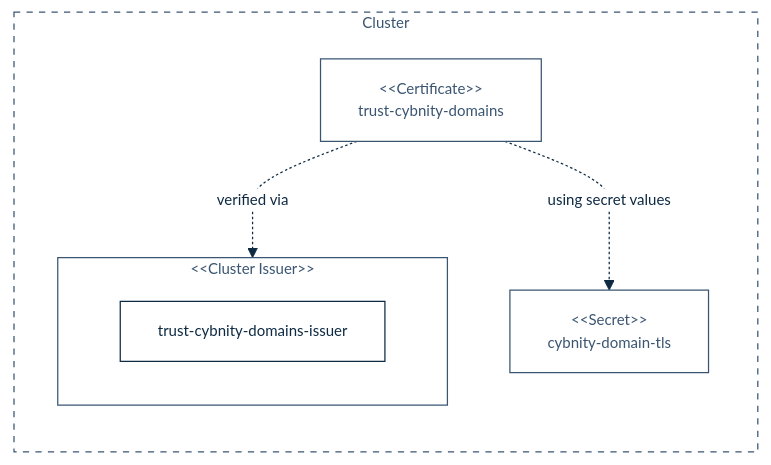
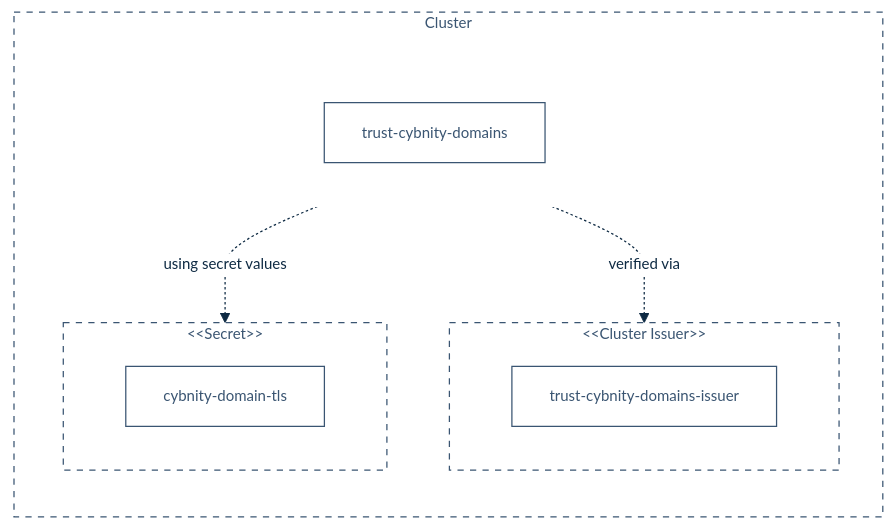
Before and after one commit to cybnity/foundation: the diagram in implementations-line/systems/technical-infrastructure/CYDEL01-cybsup01.md, drawn with Mermaid.

````diff
--- a/implementations-line/systems/technical-infrastructure/CYDEL01-cybsup01.md
+++ b/implementations-line/systems/technical-infrastructure/CYDEL01-cybsup01.md
@@ -419,53 +419,57 @@
       ```mermaid
       %%{
         init: {
           'theme': 'base',
           'themeVariables': {
               'background': '#ffffff',
               'fontFamily': 'arial',
               'fontSize': '12px',
               'primaryColor': '#fff',
               'primaryTextColor': '#0e2a43',
               'primaryBorderColor': '#0e2a43',
               'secondaryColor': '#fff',
               'secondaryTextColor': '#fff',
               'secondaryBorderColor': '#fff',
               'tertiaryColor': '#fff',
               'tertiaryTextColor': '#fff',
               'tertiaryBorderColor': '#fff',
               'lineColor': '#0e2a43',
               'titleColor': '#fff',
               'textColor': '#fff',
               'lineColor': '#0e2a43',
               'nodeTextColor': '#fff',
               'nodeBorder': '#0e2a43',
               'noteTextColor': '#fff',
               'noteBorderColor': '#fff'
           },
           'flowchart': { 'curve': 'monotoneY' }
         }
       }%%
       graph LR
         subgraph cluster["Cluster"]
-          subgraph clusterIssuer1["#60;#60;Cluster Issuer#62;#62;"]
+          subgraph clusterIssuer["#60;#60;Cluster Issuer#62;#62;"]
             issuer1["trust-cybnity-domains-issuer"]
           end
-          certificate1["#60;#60;Certificate#62;#62; \n trust-cybnity-domains "]
-          secret1["#60;#60;Secret#62;#62;#10; \n cybnity-domain-tls "]
+          subgraph certificate["#60;#60;Certificate#62;#62;"]
+            cert1["trust-cybnity-domains"]
+          end
+          subgraph secret["#60;#60;Secret#62;#62;#10;"]
+            sc1["cybnity-domain-tls"]
+          end
         end
 
-        certificate1 -. "verified via" .-> clusterIssuer1
-        certificate1 -. "using secret values" .-> secret1
+        certificate -. "verified via" .-> clusterIssuer
+        certificate -. "using secret values" .-> secret
 
         classDef mediumfill fill:#3a5572, stroke:#3a5572, color:#fff
 
         classDef red fill:#e5302a, stroke:#e5302a, color:#fff, stroke-width:3px
         classDef medium fill:#fff, stroke:#3a5572, color:#3a5572
         classDef mediumdot fill:#fff, stroke:#3a5572, color:#3a5572, stroke-dasharray: 5 5
         classDef reddot fill:#fff, stroke:#e5302a, color:#e5302a, stroke-dasharray: 5 5, stroke-width:3px
         classDef dark fill:#0e2a43, stroke:#fff, color:#fff
         classDef internalconfig fill:#0e2a43, stroke:#fff, color:#fff
 
-        class clusterIssuer1,certificate1,secret1 medium;
-        class cluster mediumdot;
+        class issuer1,cert1,sc1 medium;
+        class cluster,clusterIssuer,certificate1,secret mediumdot;
       ```
````
